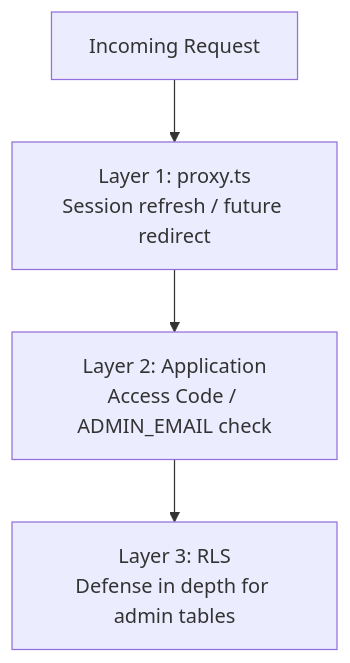
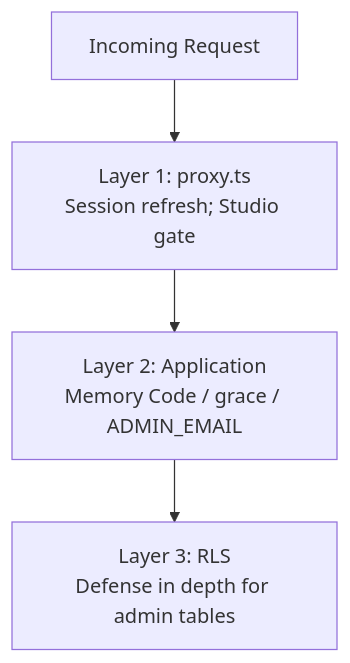
The fourth of 10 diagrams in docs/02_ARCHITECTURE.md (vinoslwly/celebrate-florist), drawn with Mermaid before and after one commit. The commit also changed other lines of this file and 47 other files, not shown here.

````diff
--- a/docs/02_ARCHITECTURE.md
+++ b/docs/02_ARCHITECTURE.md
@@ -219,11 +232,11 @@
 ```mermaid
 flowchart TD
     REQ["Incoming Request"]
-    PROXY["Layer 1: proxy.ts<br/>Session refresh / future redirect"]
-    APP["Layer 2: Application<br/>Access Code / ADMIN_EMAIL check"]
+    PROXY["Layer 1: proxy.ts<br/>Session refresh; Studio gate"]
+    APP["Layer 2: Application<br/>Memory Code / grace / ADMIN_EMAIL"]
     RLS["Layer 3: RLS<br/>Defense in depth for admin tables"]
 
     REQ --> PROXY
     PROXY --> APP
     APP --> RLS
 ```
````
